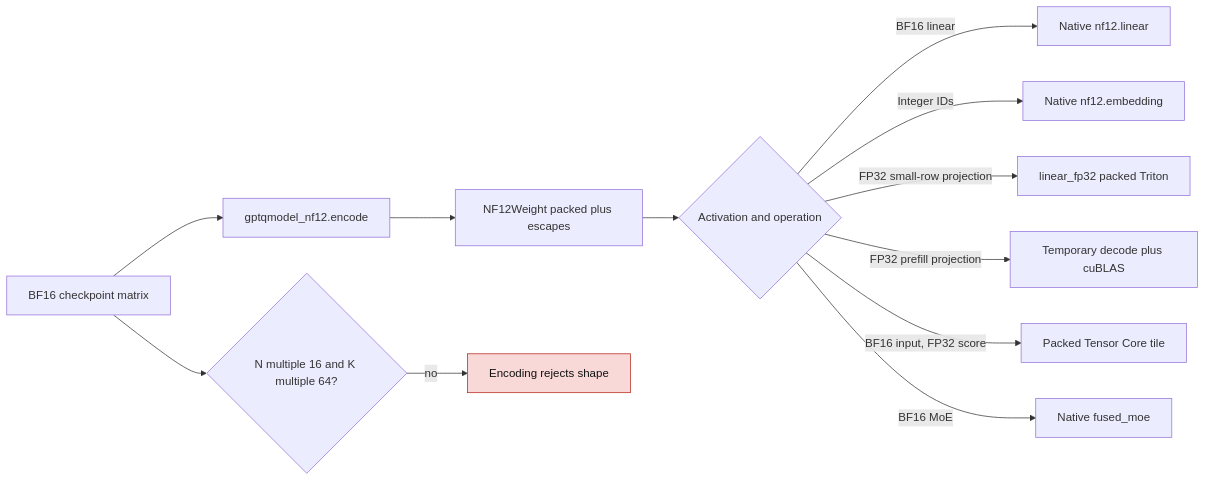
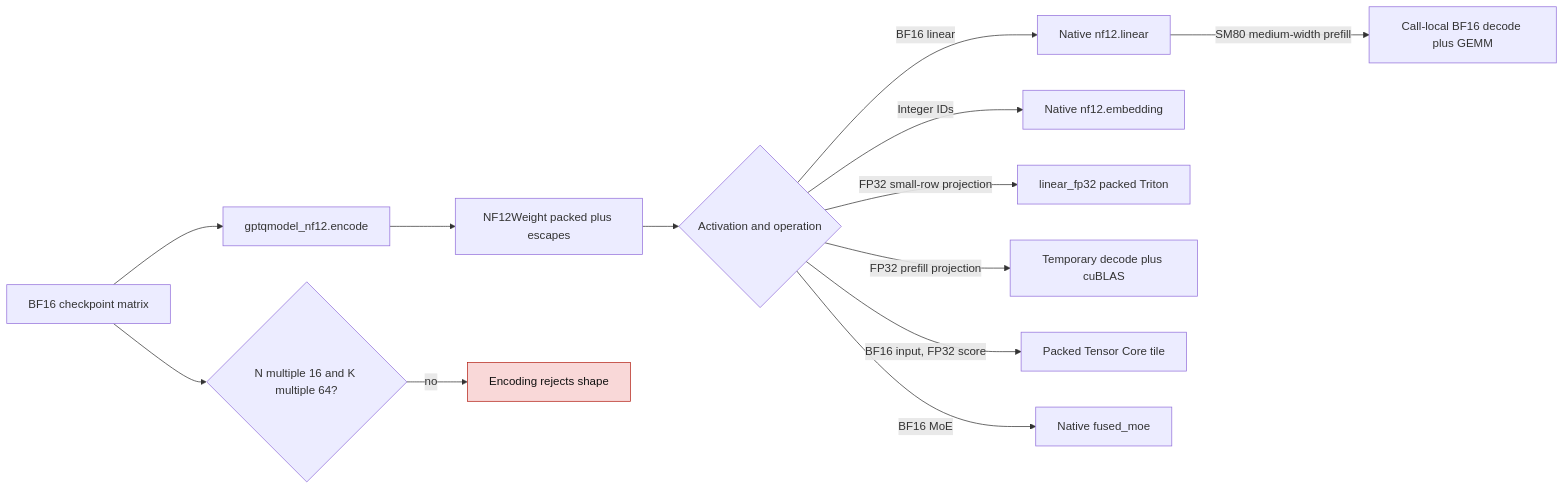
The second of 2 diagrams in docs/nf12-installed-extension.md (ModelCloud/GPTQModel), drawn with Mermaid before and after one commit. The commit also changed other lines of this file and 3 other files, not shown here.

Commit message:
Route SM80 BF16 prefill through call-local decode and add paired speed gate

````diff
--- a/docs/nf12-installed-extension.md
+++ b/docs/nf12-installed-extension.md
@@ -38,16 +42,17 @@
 ```mermaid
 flowchart LR
     A["BF16 checkpoint matrix"] --> B["gptqmodel_nf12.encode"]
     B --> C["NF12Weight packed plus escapes"]
     C --> D{"Activation and operation"}
     D -- "BF16 linear" --> E["Native nf12.linear"]
+    E -- "SM80 medium-width prefill" --> P["Call-local BF16 decode plus GEMM"]
     D -- "Integer IDs" --> F["Native nf12.embedding"]
     D -- "FP32 small-row projection" --> G["linear_fp32 packed Triton"]
     D -- "FP32 prefill projection" --> L["Temporary decode plus cuBLAS"]
     D -- "BF16 input, FP32 score" --> M["Packed Tensor Core tile"]
     D -- "BF16 MoE" --> H["Native fused_moe"]
     A --> I{"N multiple 16 and K multiple 64?"}
     I -- no --> J["Encoding rejects shape"]
     classDef failure fill:#f9d8d8,stroke:#b42318,color:#111;
     class J failure;
 ```
````
